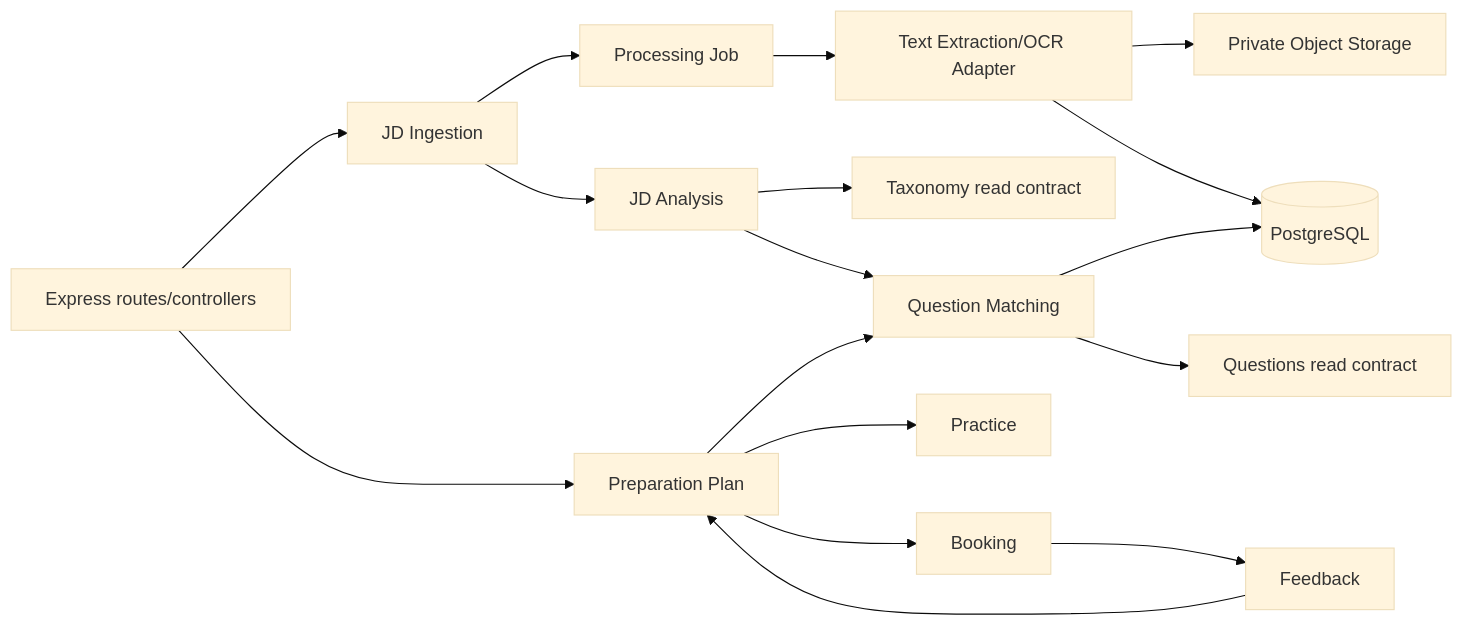
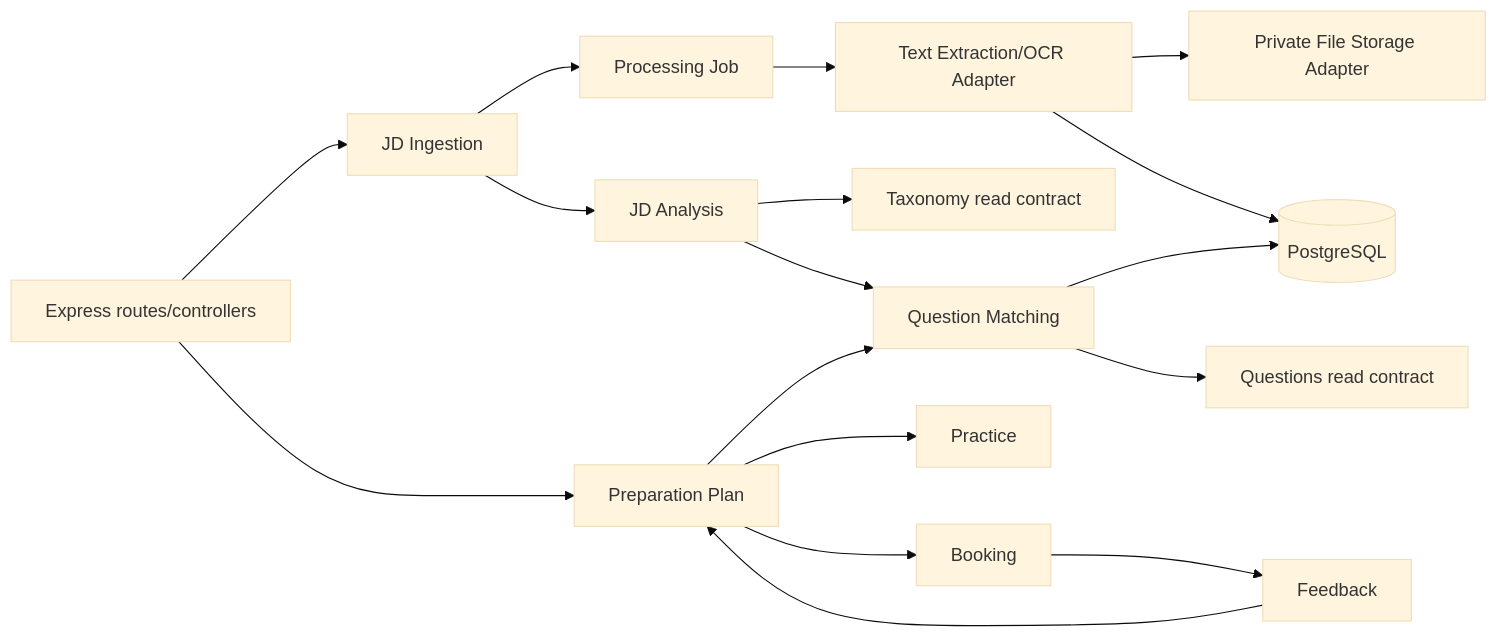
One commit to tnnhuaa/InterviewQuestionBank changed the third of 7 diagrams in docs/Project_Architecture/software_architecture.md. Above: the diagram before and after it, drawn with Mermaid (base theme). The commit also changed other lines of this file and 2 other files, not shown here.

Commit message:
docs(architecture): clarify MVP baseline and PoC validation scope

````diff
--- a/docs/Project_Architecture/software_architecture.md
+++ b/docs/Project_Architecture/software_architecture.md
@@ -203,19 +203,19 @@
 ```mermaid
 flowchart LR
     Routes["Express routes/controllers"] --> Ingest["JD Ingestion"]
     Ingest --> Jobs["Processing Job"]
     Jobs --> Extract["Text Extraction/OCR Adapter"]
-    Extract --> Store["Private Object Storage"]
+    Extract --> Store["Private File Storage Adapter"]
     Extract --> DB[("PostgreSQL")]
     Ingest --> Analyze["JD Analysis"]
     Analyze --> Taxonomy["Taxonomy read contract"]
     Analyze --> Match["Question Matching"]
     Match --> Questions["Questions read contract"]
     Match --> DB
     Routes --> Plan["Preparation Plan"]
     Plan --> Match
     Plan --> Practice["Practice"]
     Plan --> Booking["Booking"]
     Booking --> Feedback["Feedback"]
     Feedback --> Plan
 ```
````
